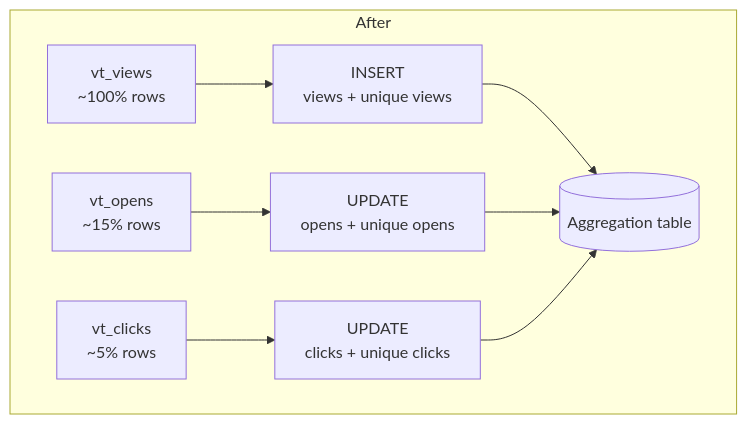
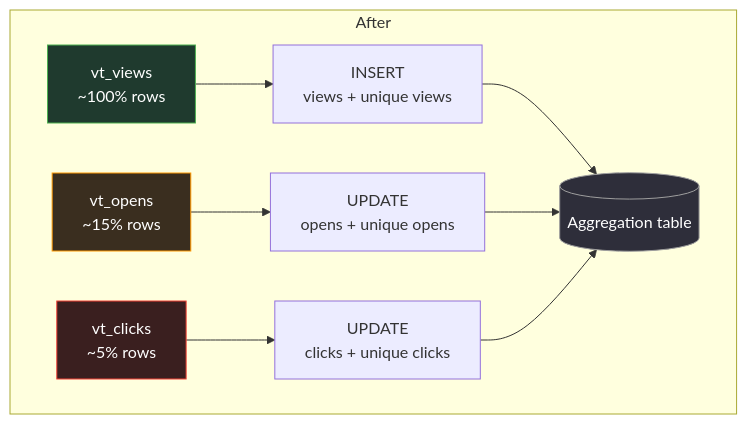
One commit to valentingukalov92/analytics-engineer-portfolio changed the second of 2 diagrams in campaign-aggregation-optimization/README.md. Above: the diagram before and after it, drawn with Mermaid. The commit also changed other lines of this file, not shown here.

Commit message:
changing mermaid flowsharts

````diff
--- a/campaign-aggregation-optimization/README.md
+++ b/campaign-aggregation-optimization/README.md
@@ -137,12 +138,33 @@
 ```mermaid
 flowchart LR
     subgraph AFTER["After"]
         direction LR
-        VV["vt_views<br/>~100% rows"] --> INS["INSERT<br/>views + unique views"]
-        VO["vt_opens<br/>~15% rows"] --> UO["UPDATE<br/>opens + unique opens"]
-        VC["vt_clicks<br/>~5% rows"] --> UC["UPDATE<br/>clicks + unique clicks"]
-        INS --> TGT[("Aggregation table")]
+        
+        %% Волатилки
+        VV["vt_views<br/>~100% rows"]
+        VO["vt_opens<br/>~15% rows"]
+        VC["vt_clicks<br/>~5% rows"]
+        
+        %% Действия
+        INS["INSERT<br/>views + unique views"]
+        UO["UPDATE<br/>opens + unique opens"]
+        UC["UPDATE<br/>clicks + unique clicks"]
+        
+        %% Целевая таблица
+        TGT[("Aggregation table")]
+        
+        %% Связи
+        VV --> INS
+        VO --> UO
+        VC --> UC
+        
+        INS --> TGT
         UO --> TGT
         UC --> TGT
     end
+    
+    style VV fill:#1f3a2e,stroke:#4caf50,color:#fff
+    style VO fill:#3a2e1f,stroke:#ff9800,color:#fff
+    style VC fill:#3a1f1f,stroke:#f44336,color:#fff
+    style TGT fill:#2e2e3a,stroke:#9e9e9e,color:#fff
 ```
````
